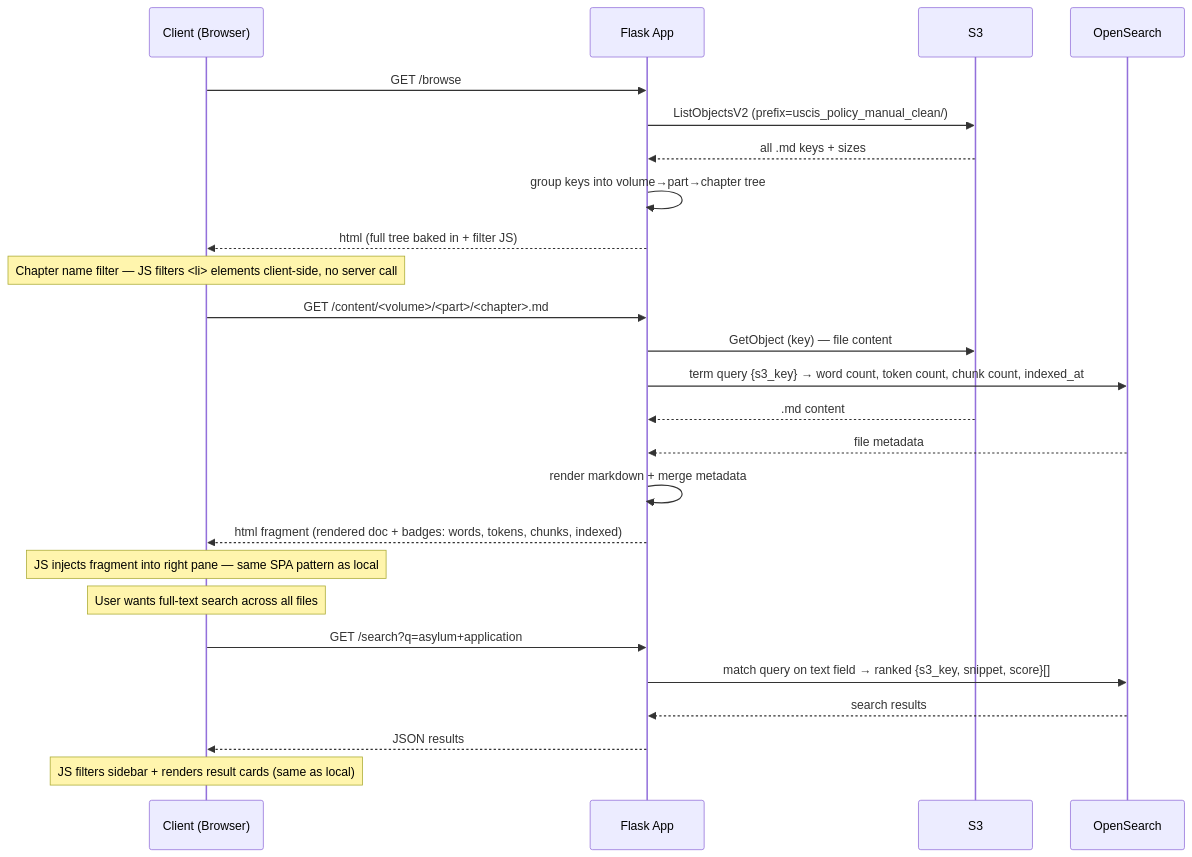
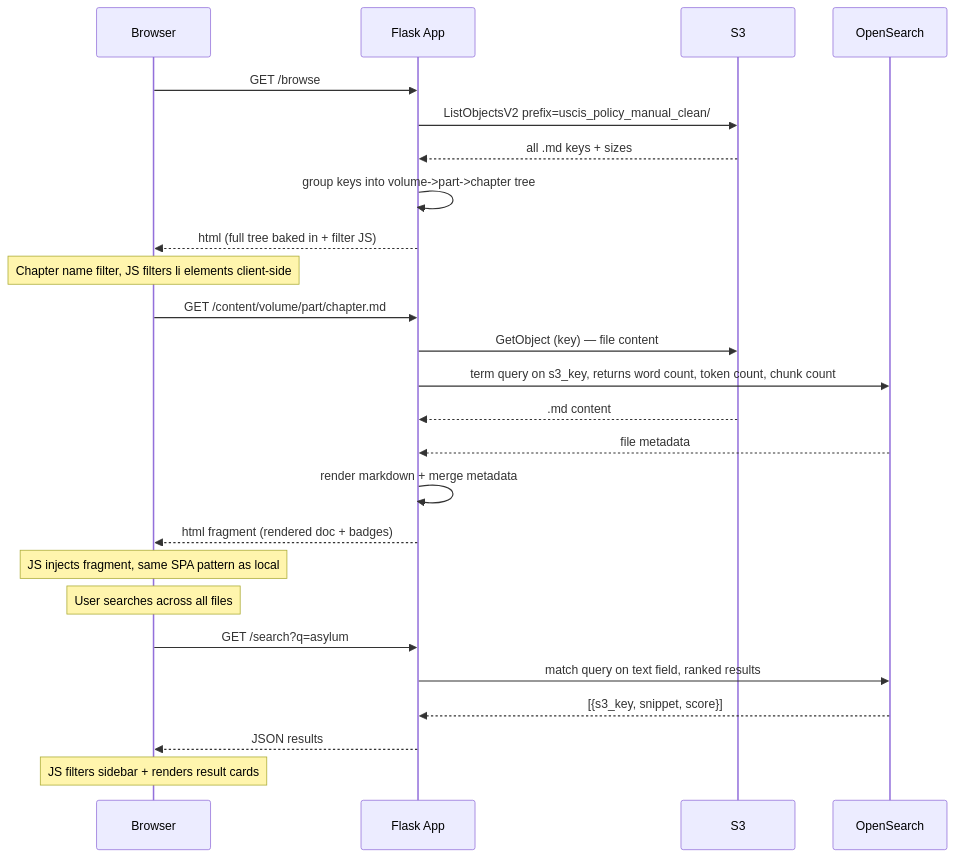
The third of 4 diagrams in docs/sequence-diagrams.md (segalmax/immigration-rag), drawn with Mermaid before and after one commit. The commit also changed other lines of this file, not shown here.

First line of the commit message:
docs: fix Mermaid parse errors in sequence diagrams

````diff
--- a/docs/sequence-diagrams.md
+++ b/docs/sequence-diagrams.md
@@ -100,31 +100,31 @@
 ```mermaid
 sequenceDiagram
-    participant C as Client (Browser)
+    participant C as Browser
     participant F as Flask App
     participant S3 as S3
     participant OS as OpenSearch
 
     C->>F: GET /browse
-    F->>S3: ListObjectsV2 (prefix=uscis_policy_manual_clean/)
+    F->>S3: ListObjectsV2 prefix=uscis_policy_manual_clean/
     S3-->>F: all .md keys + sizes
-    F->>F: group keys into volume→part→chapter tree
+    F->>F: group keys into volume->part->chapter tree
     F-->>C: html (full tree baked in + filter JS)
 
-    Note over C: Chapter name filter — JS filters <li> elements client-side, no server call
+    Note over C: Chapter name filter, JS filters li elements client-side
 
-    C->>F: GET /content/<volume>/<part>/<chapter>.md
+    C->>F: GET /content/volume/part/chapter.md
     F->>S3: GetObject (key) — file content
-    F->>OS: term query {s3_key} → word count, token count, chunk count, indexed_at
+    F->>OS: term query on s3_key, returns word count, token count, chunk count
     S3-->>F: .md content
     OS-->>F: file metadata
     F->>F: render markdown + merge metadata
-    F-->>C: html fragment (rendered doc + badges: words, tokens, chunks, indexed)
-    Note over C: JS injects fragment into right pane — same SPA pattern as local
+    F-->>C: html fragment (rendered doc + badges)
+    Note over C: JS injects fragment, same SPA pattern as local
 
-    Note over C: User wants full-text search across all files
-    C->>F: GET /search?q=asylum+application
-    F->>OS: match query on text field → ranked {s3_key, snippet, score}[]
-    OS-->>F: search results
+    Note over C: User searches across all files
+    C->>F: GET /search?q=asylum
+    F->>OS: match query on text field, ranked results
+    OS-->>F: [{s3_key, snippet, score}]
     F-->>C: JSON results
-    Note over C: JS filters sidebar + renders result cards (same as local)
+    Note over C: JS filters sidebar + renders result cards
 ```
````
